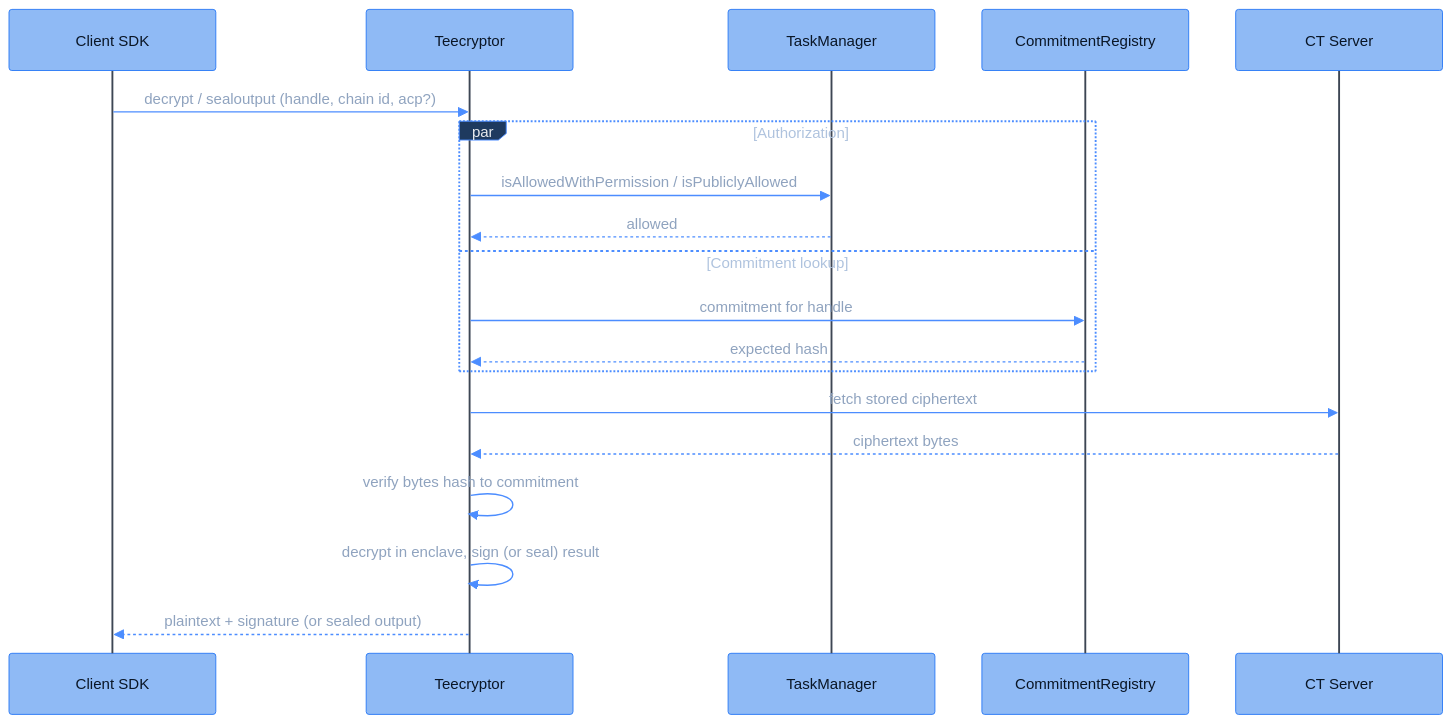
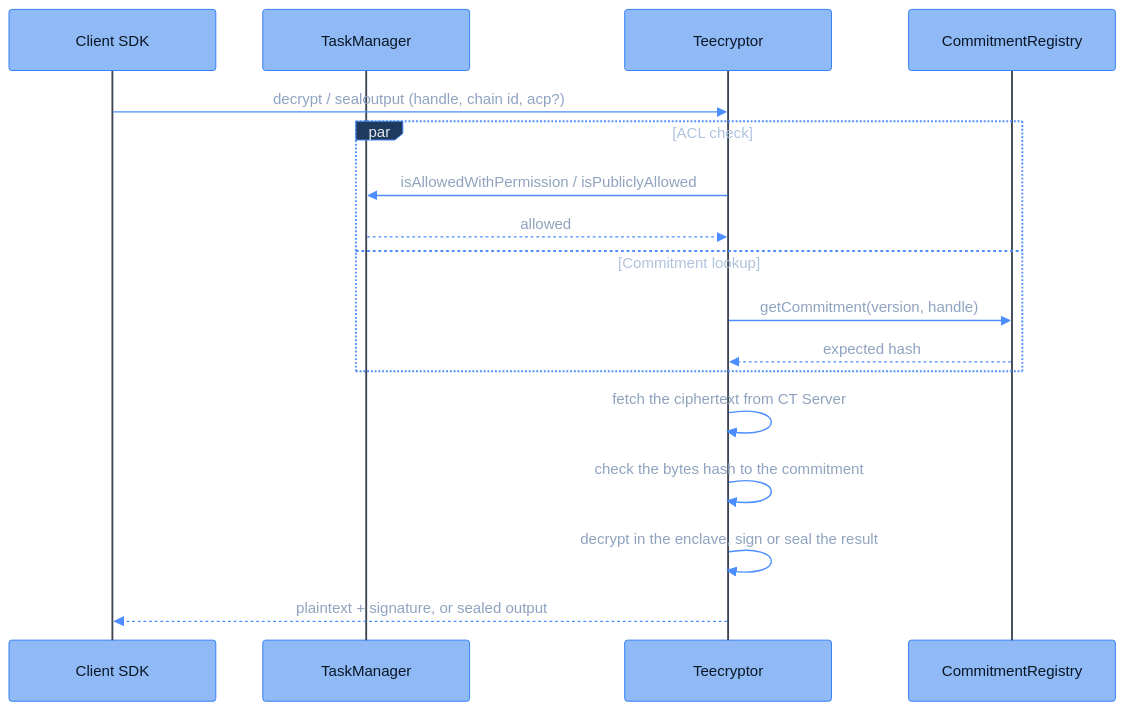
The diagram in deep-dive/cofhe-components/teecryptor.mdx (FhenixProtocol/fhenix-developer-docs), drawn with Mermaid before and after one commit. The commit also changed 11 other files, not shown here.

First line of the commit message:
[DOCS] diagrams: one component vocabulary across every diagram and its page (#89)

````diff
--- a/deep-dive/cofhe-components/teecryptor.mdx
+++ b/deep-dive/cofhe-components/teecryptor.mdx
@@ -46,23 +46,21 @@
 ```mermaid
 %%{init: {"theme": "base", "themeVariables": {"fontFamily": "Menlo, Monaco, Consolas, monospace", "fontSize": "16px", "primaryColor": "#8FBAF5", "primaryBorderColor": "#2E7CF6", "primaryTextColor": "#0A1626", "lineColor": "#4C8DFF", "signalColor": "#4C8DFF", "signalTextColor": "#8FA3BF", "actorBkg": "#8FBAF5", "actorBorder": "#2E7CF6", "actorTextColor": "#0A1626", "actorLineColor": "#3D4654", "noteBkgColor": "#14171C", "noteBorderColor": "#3D4654", "noteTextColor": "#AFC3DE", "activationBkgColor": "#1E3A5F", "activationBorderColor": "#4C8DFF", "clusterBkg": "#14171C", "clusterBorder": "#3D4654", "titleColor": "#E7EAEE", "edgeLabelBackground": "#8FBAF5", "textColor": "#AFC3DE", "labelTextColor": "#E7EAEE", "tertiaryColor": "#14171C", "loopTextColor": "#AFC3DE", "labelBoxBkgColor": "#1E3A5F", "labelBoxBorderColor": "#4C8DFF"}, "sequence": {"actorFontFamily": "Menlo, Monaco, Consolas, monospace", "messageFontFamily": "Menlo, Monaco, Consolas, monospace", "noteFontFamily": "Menlo, Monaco, Consolas, monospace", "width": 220, "actorFontSize": 16, "messageFontSize": 16, "noteFontSize": 15}}}%%
 sequenceDiagram
     participant SDK as Client SDK
-    participant Teecryptor
-    participant TaskManager
-    participant Registry as CommitmentRegistry
-    participant Store as CT Server
+    participant TM as TaskManager
+    participant TEE as Teecryptor
+    participant CR as CommitmentRegistry
 
-    SDK->>Teecryptor: decrypt / sealoutput (handle, chain id, acp?)
-    par Authorization
-        Teecryptor->>TaskManager: isAllowedWithPermission / isPubliclyAllowed
-        TaskManager-->>Teecryptor: allowed
+    SDK->>TEE: decrypt / sealoutput (handle, chain id, acp?)
+    par ACL check
+        TEE->>TM: isAllowedWithPermission / isPubliclyAllowed
+        TM-->>TEE: allowed
     and Commitment lookup
-        Teecryptor->>Registry: commitment for handle
-        Registry-->>Teecryptor: expected hash
+        TEE->>CR: getCommitment(version, handle)
+        CR-->>TEE: expected hash
     end
-    Teecryptor->>Store: fetch stored ciphertext
-    Store-->>Teecryptor: ciphertext bytes
-    Teecryptor->>Teecryptor: verify bytes hash to commitment
-    Teecryptor->>Teecryptor: decrypt in enclave, sign (or seal) result
-    Teecryptor-->>SDK: plaintext + signature (or sealed output)
+    TEE->>TEE: fetch the ciphertext from CT Server
+    TEE->>TEE: check the bytes hash to the commitment
+    TEE->>TEE: decrypt in the enclave, sign or seal the result
+    TEE-->>SDK: plaintext + signature, or sealed output
 ```
````
